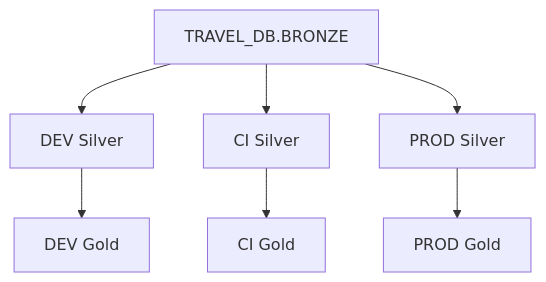
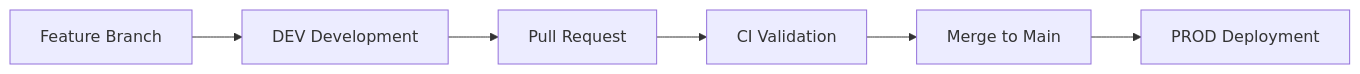
Before and after one commit to youkeefan/travel-data-platform: the second of 4 diagrams in README.md, drawn with Mermaid. The commit also changed other lines of this file and 4 other files, not shown here.

````diff
--- a/README.md
+++ b/README.md
@@ -172,9 +125,11 @@
 ```mermaid
-flowchart TD
-    A[TRAVEL_DB.BRONZE] --> B[DEV Silver]
-    A --> C[CI Silver]
-    A --> D[PROD Silver]
-    B --> E[DEV Gold]
-    C --> F[CI Gold]
-    D --> G[PROD Gold]
+flowchart LR
+    A[Feature Branch]
+    B[DEV Development]
+    C[Pull Request]
+    D[CI Validation]
+    E[Merge to Main]
+    F[PROD Deployment]
+
+    A --> B --> C --> D --> E --> F
 ```
````
